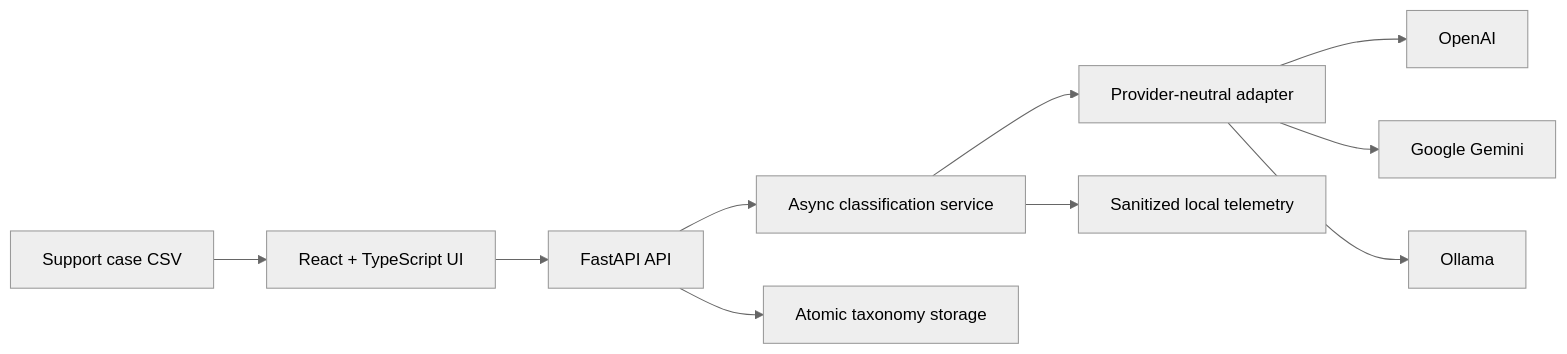
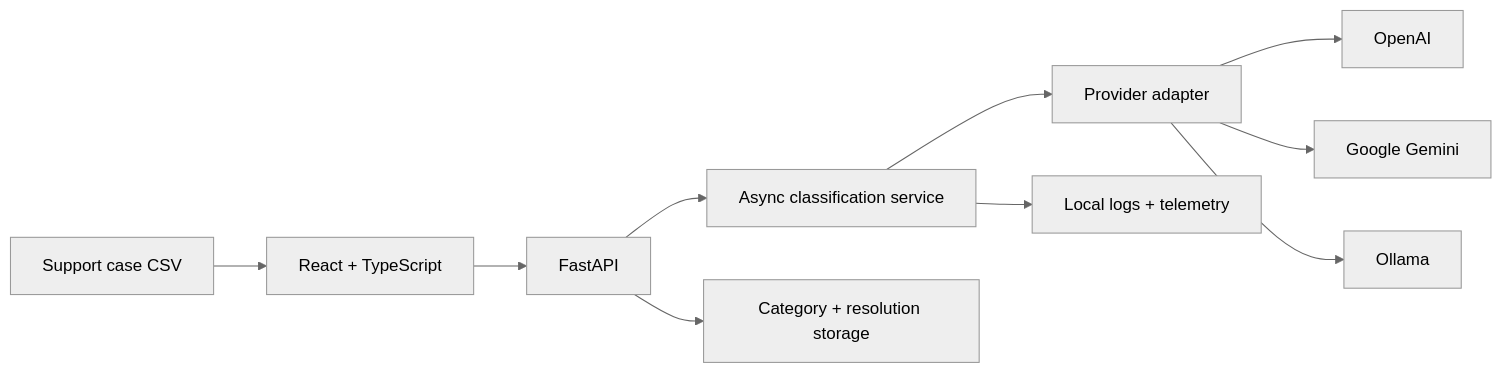
The diagram in README.md (shshakib/Support-Case-Classifier), drawn with Mermaid (neutral theme) before and after one commit. The commit also changed other lines of this file, not shown here.

````diff
--- a/README.md
+++ b/README.md
@@ -69,12 +74,12 @@
 ```mermaid
 flowchart LR
-    CSV["Support case CSV"] --> UI["React + TypeScript UI"]
-    UI --> API["FastAPI API"]
+    CSV["Support case CSV"] --> UI["React + TypeScript"]
+    UI --> API["FastAPI"]
     API --> SERVICE["Async classification service"]
-    SERVICE --> ADAPTER["Provider-neutral adapter"]
+    SERVICE --> ADAPTER["Provider adapter"]
     ADAPTER --> OPENAI["OpenAI"]
     ADAPTER --> GEMINI["Google Gemini"]
     ADAPTER --> OLLAMA["Ollama"]
-    SERVICE --> TELEMETRY["Sanitized local telemetry"]
-    API --> TAXONOMY["Atomic taxonomy storage"]
+    SERVICE --> LOGS["Local logs + telemetry"]
+    API --> TAXONOMY["Category + resolution storage"]
 ```
````
